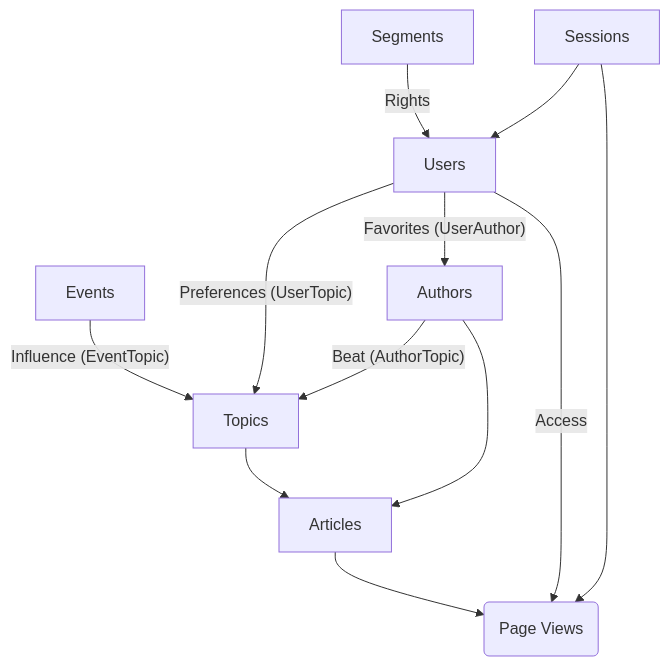
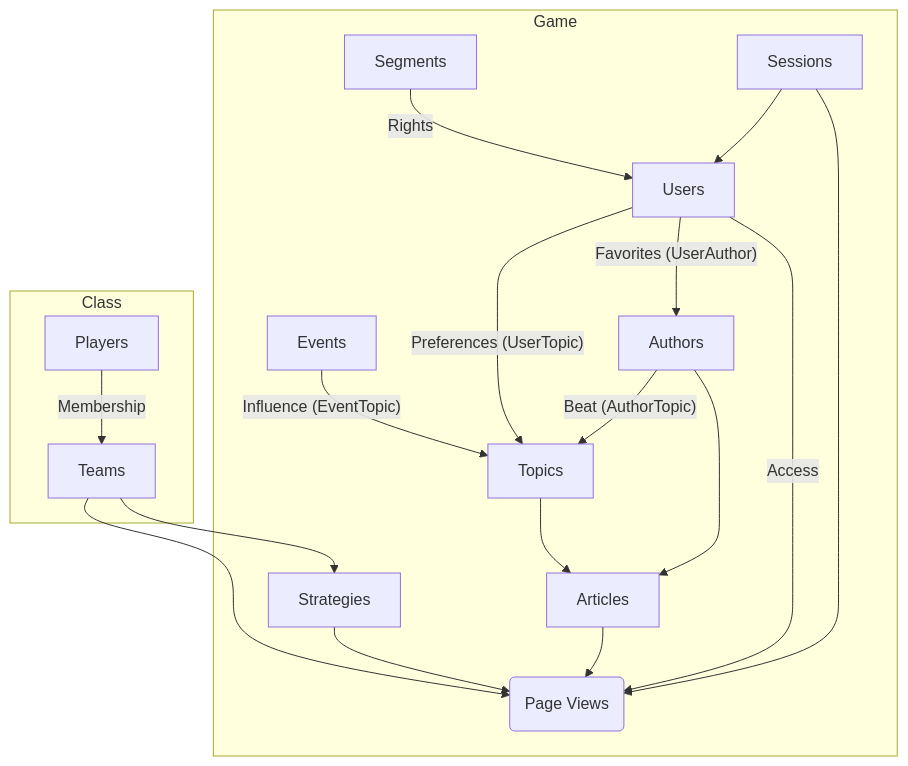
Before and after one commit to drewfeld216/BA2-Game: the first of 2 diagrams in object-schema.md, drawn with Mermaid.

````diff
--- a/object-schema.md
+++ b/object-schema.md
@@ -2,12 +2,18 @@
 ```mermaid
-  graph TD;        
+  graph TD;
+      subgraph Game;
       Events -- "Influence (EventTopic)" --> Topics;
       Authors -- "Beat (AuthorTopic)" --> Topics;
       Users -- "Preferences (UserTopic)" --> Topics;
       Users -- "Favorites (UserAuthor)" --> Authors;
       Authors & Topics --> Articles;
       Segments -- Rights --> Users;
       Sessions --> Users;
-      Sessions & Articles --> PV(Page Views);
+      Sessions & Articles & Strategies --> PV(Page Views);
       Users -- Access --> PV;
+      end;
+      subgraph Class;
+      Players -- Membership --> Teams;
+      end;
+      Teams --> PV & Strategies;
 ```
````
